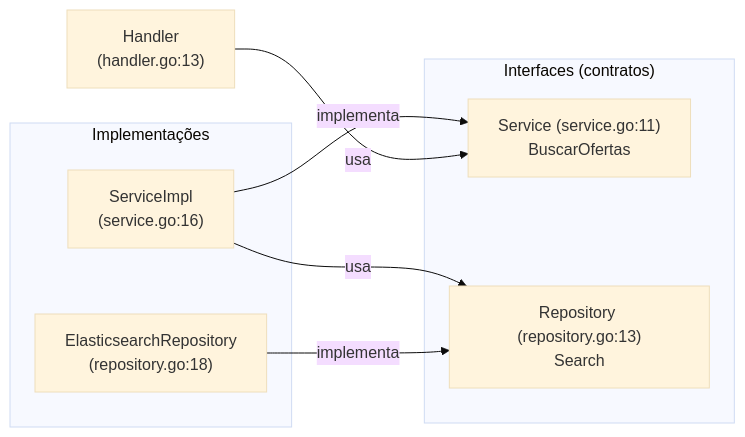
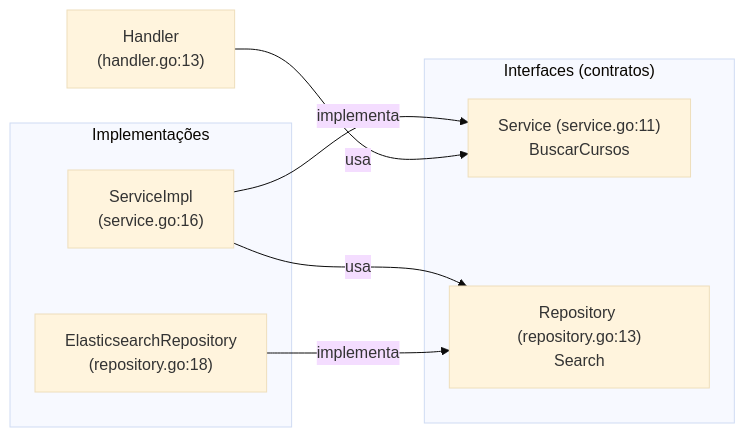
The second of 3 diagrams in docs/diagramas/api.md (souciencia/sou_estudante), drawn with Mermaid (base theme) before and after one commit. The commit also changed other lines of this file and 7 other files, not shown here.

````diff
--- a/docs/diagramas/api.md
+++ b/docs/diagramas/api.md
@@ -55,18 +55,18 @@
 ```mermaid
 graph LR
     subgraph Interface["Interfaces (contratos)"]
-        SVC["Service (service.go:11)<br/>BuscarOfertas"]
+        SVC["Service (service.go:11)<br/>BuscarCursos"]
         REPO["Repository (repository.go:13)<br/>Search"]
     end
 
     subgraph Implementacao["Implementações"]
         SVCImpl["ServiceImpl<br/>(service.go:16)"]
         ESRepo["ElasticsearchRepository<br/>(repository.go:18)"]
     end
 
     Handler2["Handler<br/>(handler.go:13)"]
     SVCImpl -->|usa| REPO
     ESRepo -->|implementa| REPO
     SVCImpl -->|implementa| SVC
     Handler2 -->|usa| SVC
 ```
````
